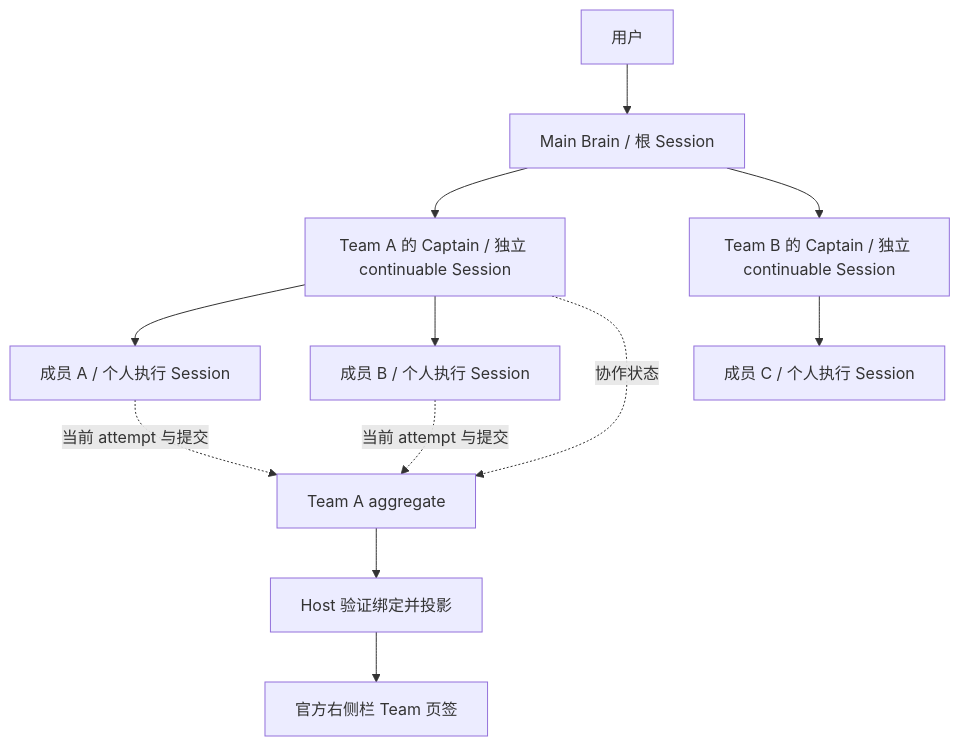
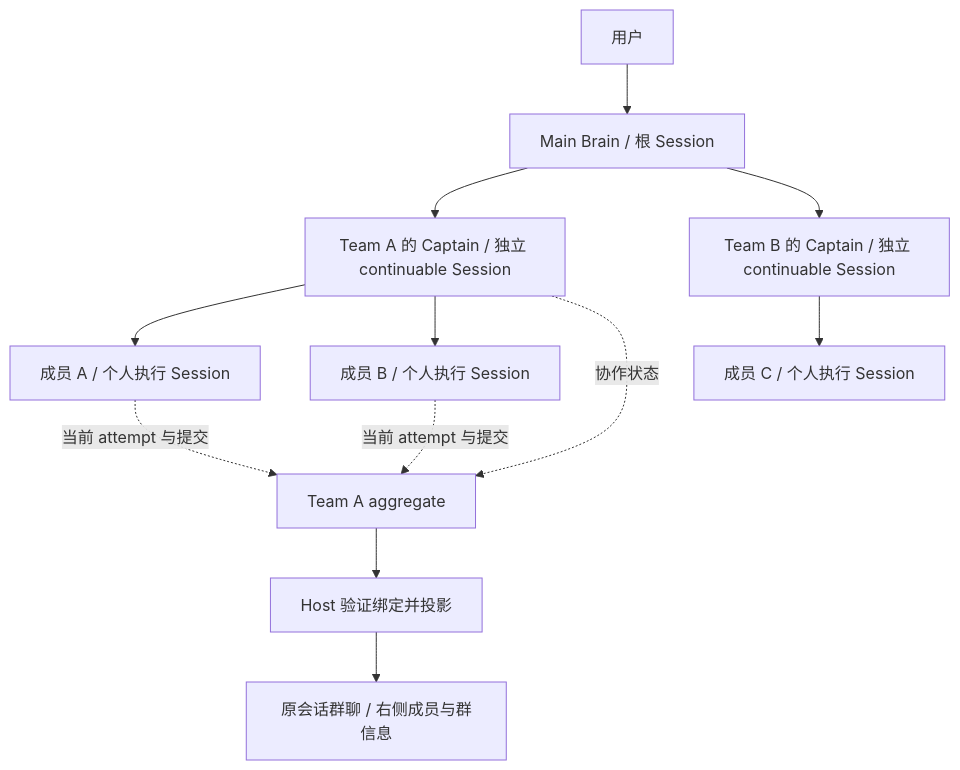
One commit to leinasi2014/dsh-agent-swarm changed the second of 4 diagrams in docs/03-capability-family.md. Above: the diagram before and after it, drawn with Mermaid. The commit also changed other lines of this file and 143 other files, not shown here.

````diff
--- a/docs/03-capability-family.md
+++ b/docs/03-capability-family.md
@@ -30,14 +39,14 @@
 ```mermaid
 flowchart TB
   User[用户] --> Main[Main Brain / 根 Session]
   Main --> CaptainA[Team A 的 Captain / 独立 continuable Session]
   Main --> CaptainB[Team B 的 Captain / 独立 continuable Session]
   CaptainA --> MemberA[成员 A / 个人执行 Session]
   CaptainA --> MemberB[成员 B / 个人执行 Session]
   CaptainB --> MemberC[成员 C / 个人执行 Session]
   CaptainA -. 协作状态 .-> TeamA[Team A aggregate]
   MemberA -. 当前 attempt 与提交 .-> TeamA
   MemberB -. 当前 attempt 与提交 .-> TeamA
   TeamA --> Read[Host 验证绑定并投影]
-  Read --> UI[官方右侧栏 Team 页签]
+  Read --> UI[原会话群聊 / 右侧成员与群信息]
 ```
````
